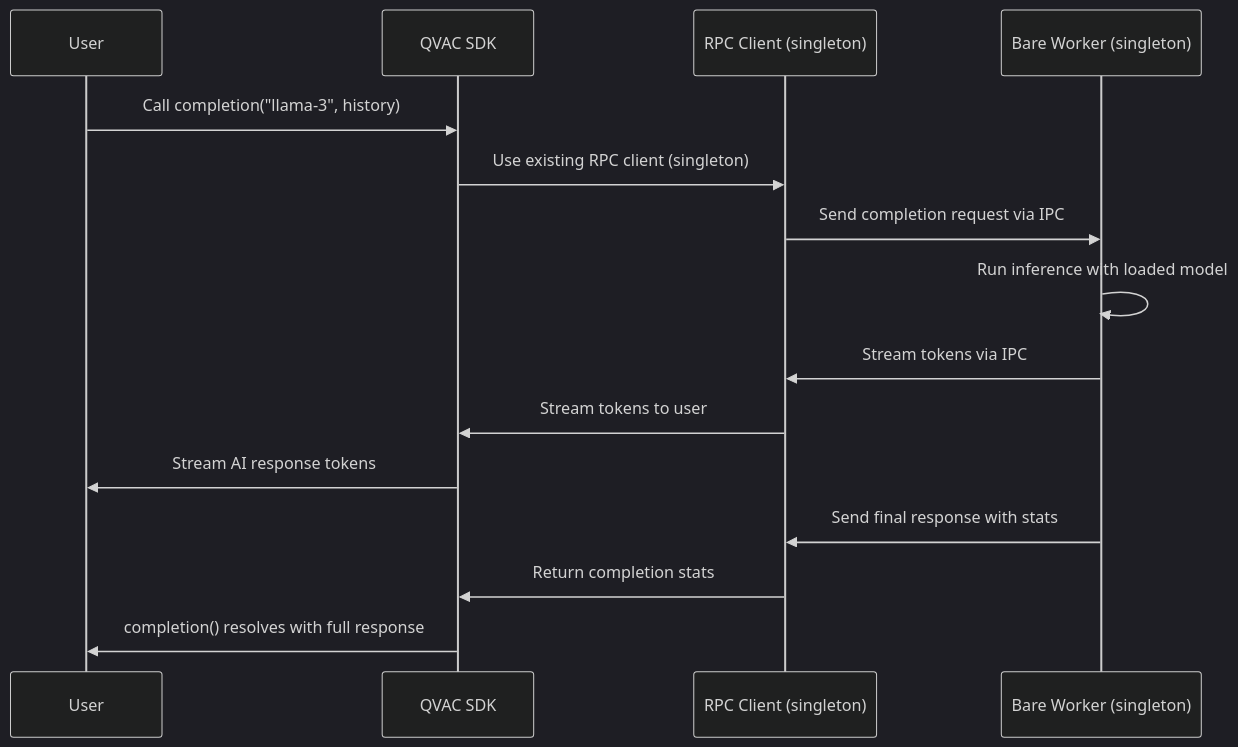
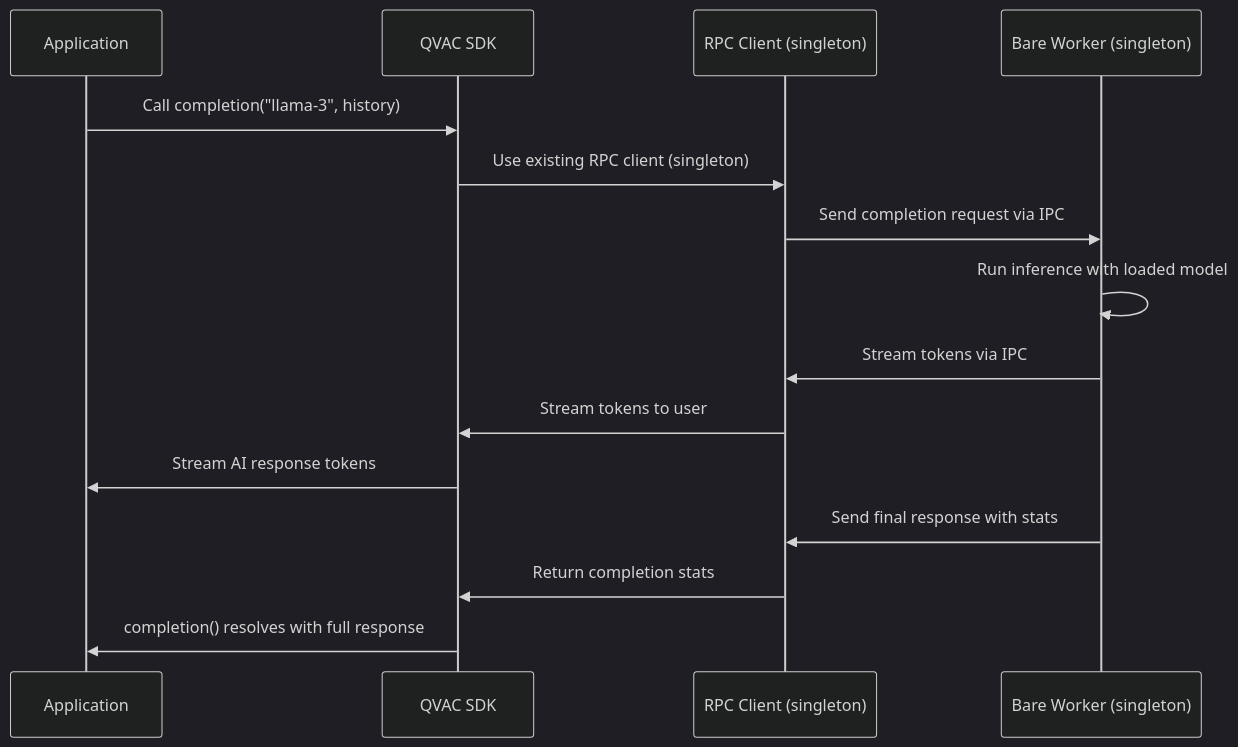
Before and after one commit to tetherto/qvac: the third of 4 diagrams in packages/qvac-docs/content/docs/sdk/how-it-works.mdx, drawn with Mermaid (dark theme). The commit also changed other lines of this file and 127 other files, not shown here.

````diff
--- a/packages/qvac-docs/content/docs/sdk/how-it-works.mdx
+++ b/packages/qvac-docs/content/docs/sdk/how-it-works.mdx
@@ -34,18 +51,18 @@
 ```mermaid
 sequenceDiagram
-    participant User as User
+    participant App as Application
     participant SDK as QVAC SDK
     participant RPC as RPC Client (singleton)
     participant Worker as Bare Worker (singleton)
 
-    User->>SDK: Call completion("llama-3", history)
+    App->>SDK: Call completion("llama-3", history)
     SDK->>RPC: Use existing RPC client (singleton)
     RPC->>Worker: Send completion request via IPC
     Worker->>Worker: Run inference with loaded model
     Worker->>RPC: Stream tokens via IPC
     RPC->>SDK: Stream tokens to user
-    SDK->>User: Stream AI response tokens
+    SDK->>App: Stream AI response tokens
     Worker->>RPC: Send final response with stats
     RPC->>SDK: Return completion stats
-    SDK->>User: completion() resolves with full response
+    SDK->>App: completion() resolves with full response
 ```
````
